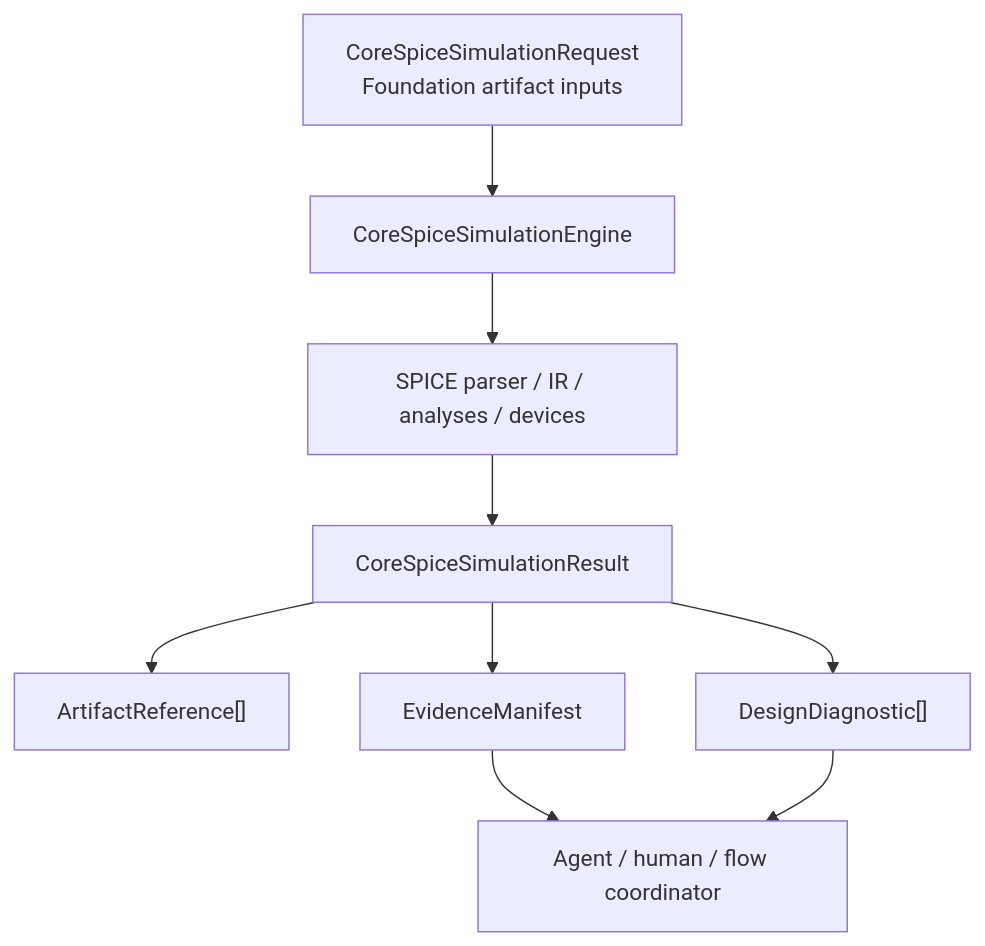
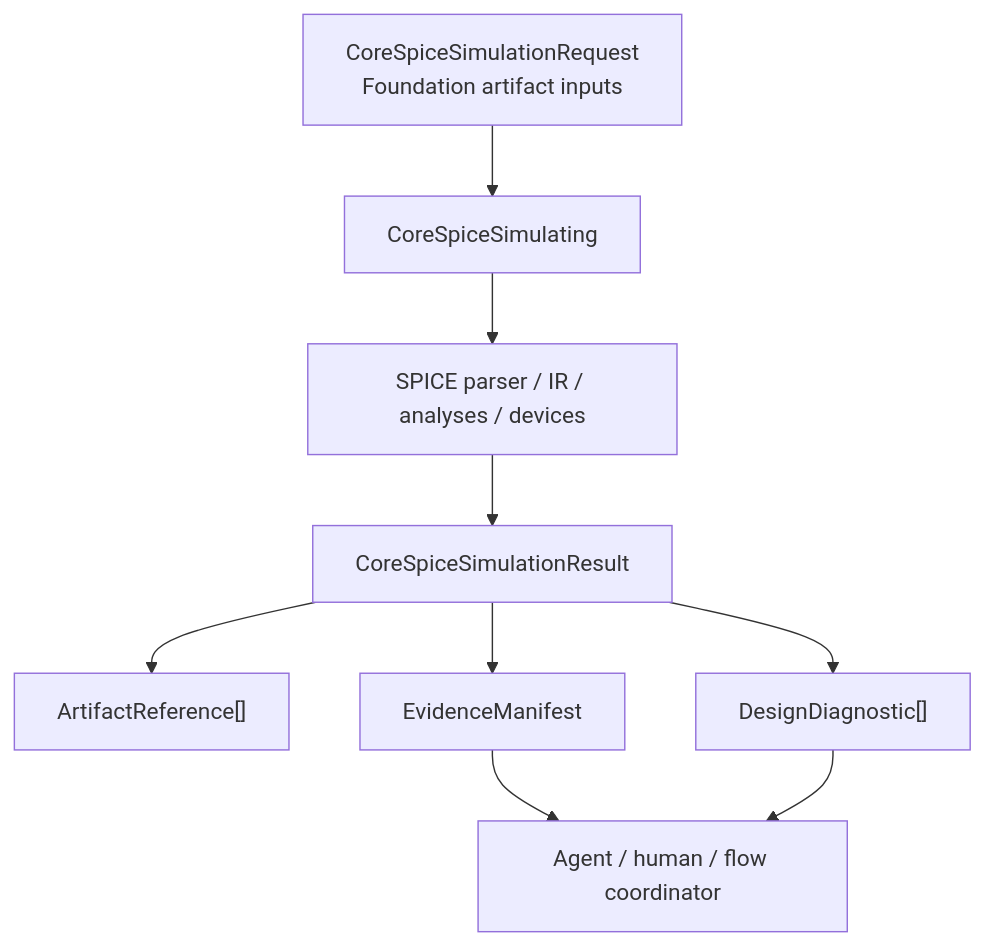
Before and after one commit to 1amageek/CoreSpice: the diagram in DESIGN.md, drawn with Mermaid. The commit also changed other lines of this file and 7 other files, not shown here.

Commit message:
Integrate simulation contracts into CoreSpice types

````diff
--- a/DESIGN.md
+++ b/DESIGN.md
@@ -13,11 +13,11 @@
 ```mermaid
 flowchart TD
-    Request["CoreSpiceSimulationRequest\nFoundation artifact inputs"] --> Engine["CoreSpiceSimulationEngine"]
+    Request["CoreSpiceSimulationRequest\nFoundation artifact inputs"] --> Engine["CoreSpiceSimulating"]
     Engine --> Domain["SPICE parser / IR / analyses / devices"]
     Domain --> Result["CoreSpiceSimulationResult"]
     Result --> Artifacts["ArtifactReference[]"]
     Result --> Evidence["EvidenceManifest"]
     Result --> Diagnostics["DesignDiagnostic[]"]
     Evidence --> Consumer["Agent / human / flow coordinator"]
     Diagnostics --> Consumer
 ```
````
